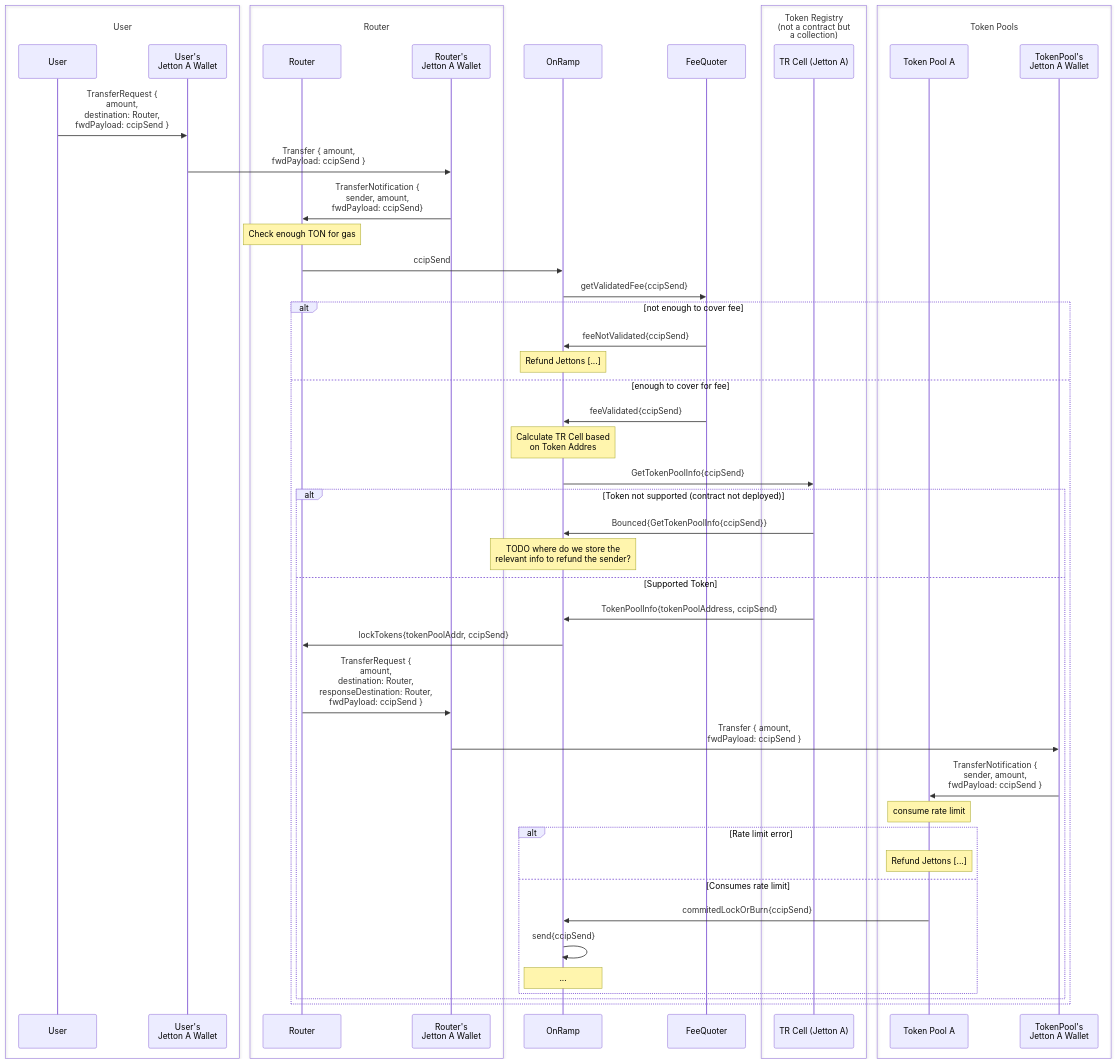
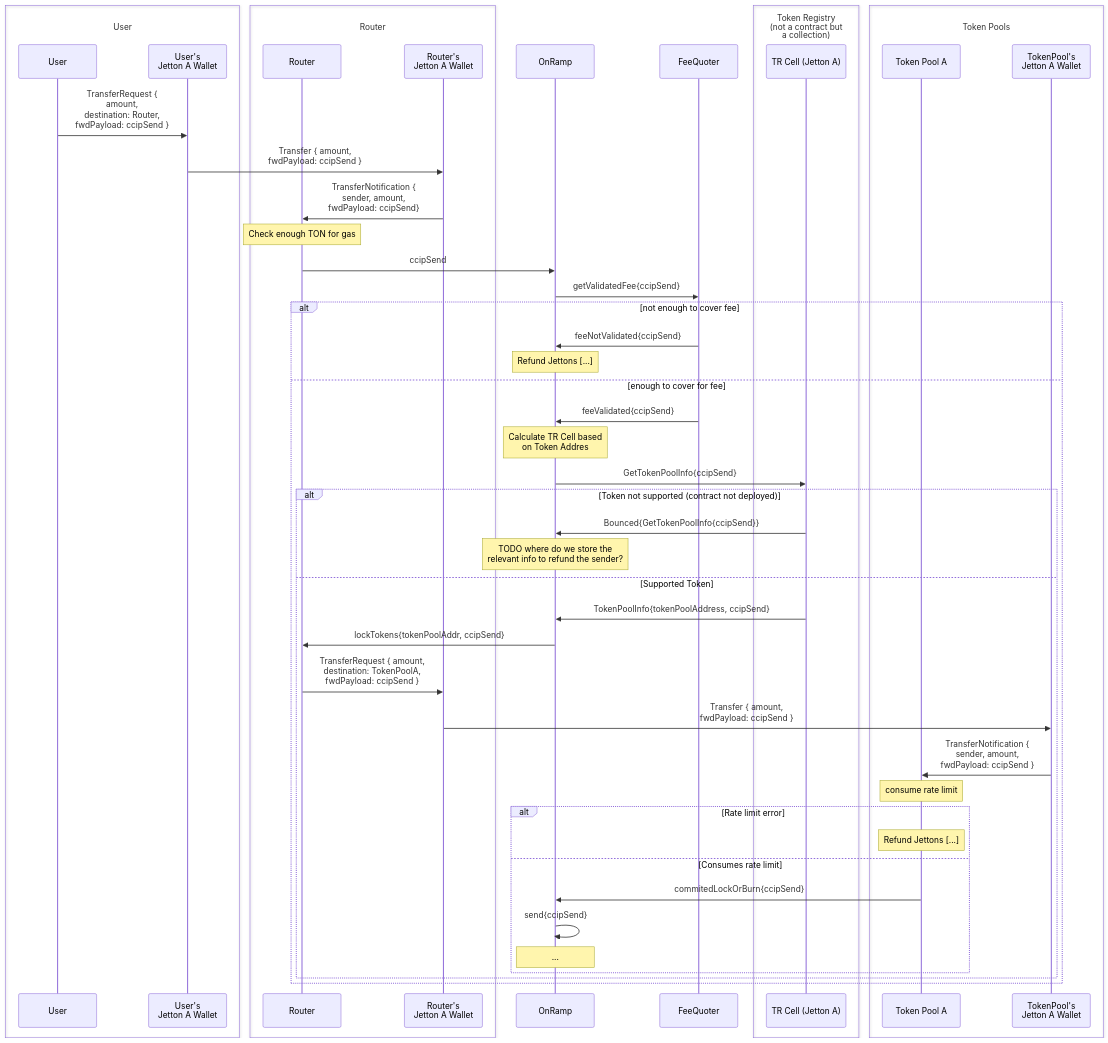
The diagram in docs/contracts/flow.md (smartcontractkit/chainlink-ton), drawn with Mermaid before and after one commit.

Commit message:
fix: name on destination

````diff
--- a/docs/contracts/flow.md
+++ b/docs/contracts/flow.md
@@ -7,75 +7,75 @@
 ```mermaid
 ---
 config:
   sequence:
     
 ---
 sequenceDiagram
     box User 
     participant U as User
     participant UJW as User's <br>Jetton A Wallet
     end
 
     box Router
     participant R as Router
     participant RJW as Router's <br>Jetton A Wallet
     end
 
     participant OR as OnRamp
 
     participant FQ as FeeQuoter
 
     box Token Registry<br>(not a contract but<br>a collection)
     participant TRC as TR Cell (Jetton A)
     end
 
     box Token Pools
     participant TP as Token Pool A
     participant TPJW as TokenPool's <br>Jetton A Wallet
     end
 
     U ->> UJW: TransferRequest {<br>amount,<br>destination: Router,<br>fwdPayload: ccipSend }
     
     UJW ->> RJW: Transfer { amount,<br>fwdPayload: ccipSend }
     RJW ->> R: TransferNotification {<br>sender, amount,<br>fwdPayload: ccipSend}
     Note over R: Check enough TON for gas 
     R ->> OR: ccipSend
 
     OR ->> FQ: getValidatedFee{ccipSend}
 
 
     alt not enough to cover fee
     FQ ->> OR: feeNotValidated{ccipSend}
     Note over OR: Refund Jettons [...]
 
     else enough to cover for fee
     FQ ->> OR: feeValidated{ccipSend}
     Note over OR: Calculate TR Cell based<br>on Token Addres
 
     OR ->> TRC: GetTokenPoolInfo{ccipSend}
 
     alt Token not supported (contract not deployed)
     TRC ->> OR: Bounced{GetTokenPoolInfo{ccipSend}}
     Note over OR: TODO where do we store the<br>relevant info to refund the sender?
     else Supported Token
 
     TRC ->> OR: TokenPoolInfo{tokenPoolAddress, ccipSend}
 
     OR ->> R: lockTokens{tokenPoolAddr, ccipSend}
  
-    R ->> RJW: TransferRequest {<br>amount,<br>destination: Router,<br>responseDestination: Router,<br>fwdPayload: ccipSend }
+    R ->> RJW: TransferRequest { amount,<br>destination: TokenPoolA,<br>fwdPayload: ccipSend }
     
     RJW ->> TPJW: Transfer { amount,<br>fwdPayload: ccipSend }
     TPJW ->> TP: TransferNotification {<br>sender, amount,<br>fwdPayload: ccipSend }
     Note over TP: consume rate limit
     alt Rate limit error
     Note over TP: Refund Jettons [...]
 
     else Consumes rate limit
     TP ->> OR: commitedLockOrBurn{ccipSend}
     OR ->> OR: send{ccipSend}
     note over OR  : ...
     end
     end
     end
 ```
````
